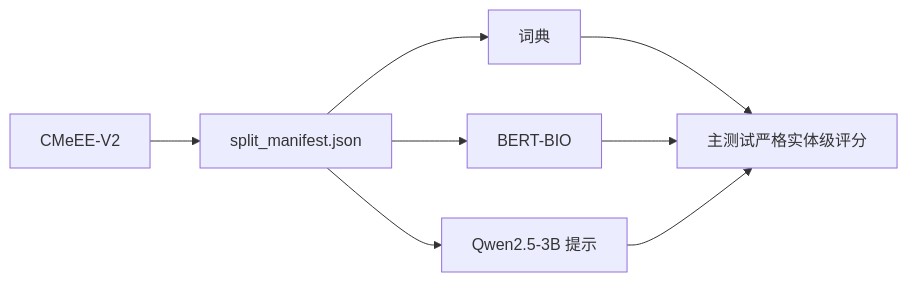
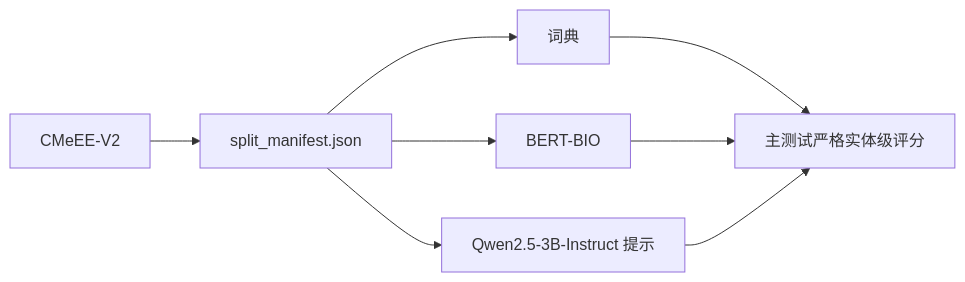
Before and after one commit to Nirvana-Zml/nlp_project: the diagram in 报告.md, drawn with Mermaid. The commit also changed other lines of this file and 15 other files, not shown here.

````diff
--- a/报告.md
+++ b/报告.md
@@ -53,10 +49,10 @@
 ```mermaid
 flowchart LR
   raw["CMeEE-V2"] --> manifest["split_manifest.json"]
   manifest --> lexicon["词典"]
   manifest --> bert["BERT-BIO"]
-  manifest --> qwen["Qwen2.5-3B 提示"]
+  manifest --> qwen["Qwen2.5-3B-Instruct 提示"]
   lexicon --> score["主测试严格实体级评分"]
   bert --> score
   qwen --> score
 ```
````
